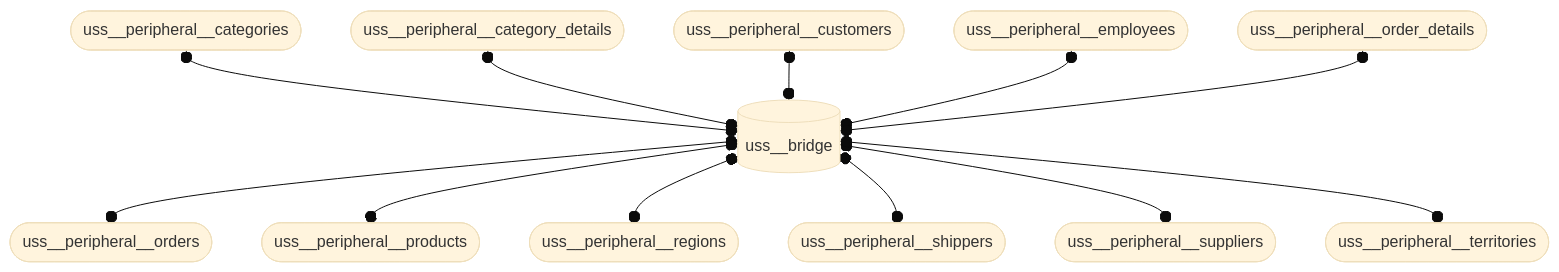
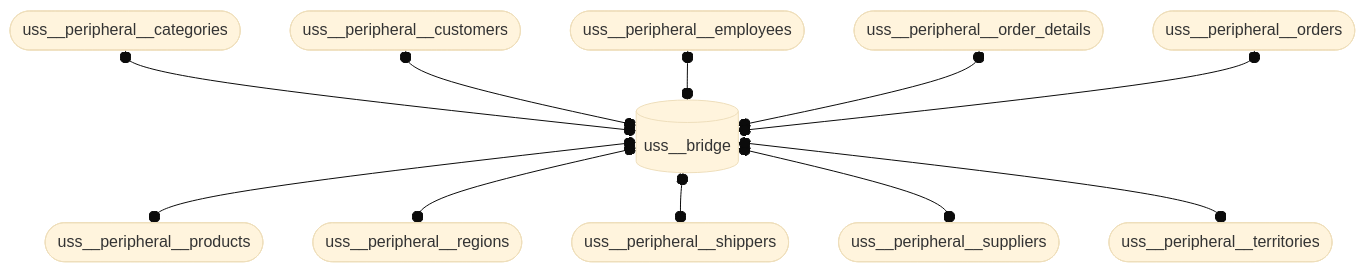
Before and after one commit to mattiasthalen/obsidian-insights: the fourth of 4 diagrams in README.md, drawn with Mermaid (base theme).

Commit message:
Correction in USS ERD

````diff
--- a/README.md
+++ b/README.md
@@ -143,29 +143,27 @@
 ```mermaid
 flowchart TD
     uss__bridge[("uss__bridge")]
 
     uss__peripheral__categories(["uss__peripheral__categories"])
-    uss__peripheral__category_details(["uss__peripheral__category_details"])
     uss__peripheral__customers(["uss__peripheral__customers"])
     uss__peripheral__employees(["uss__peripheral__employees"])
     uss__peripheral__order_details(["uss__peripheral__order_details"])
     uss__peripheral__orders(["uss__peripheral__orders"])
     uss__peripheral__products(["uss__peripheral__products"])
     uss__peripheral__regions(["uss__peripheral__regions"])
     uss__peripheral__shippers(["uss__peripheral__shippers"])
     uss__peripheral__suppliers(["uss__peripheral__suppliers"])
     uss__peripheral__territories(["uss__peripheral__territories"])
 
     uss__peripheral__categories o--o uss__bridge
-    uss__peripheral__category_details o--o uss__bridge
     uss__peripheral__customers o--o uss__bridge
     uss__peripheral__employees o--o uss__bridge
     uss__peripheral__order_details o--o uss__bridge
+    uss__peripheral__orders o--o uss__bridge
     
-    uss__bridge o--o uss__peripheral__orders
     uss__bridge o--o uss__peripheral__products
     uss__bridge o--o uss__peripheral__regions
     uss__bridge o--o uss__peripheral__shippers
     uss__bridge o--o uss__peripheral__suppliers
     uss__bridge o--o uss__peripheral__territories
 ```
````
